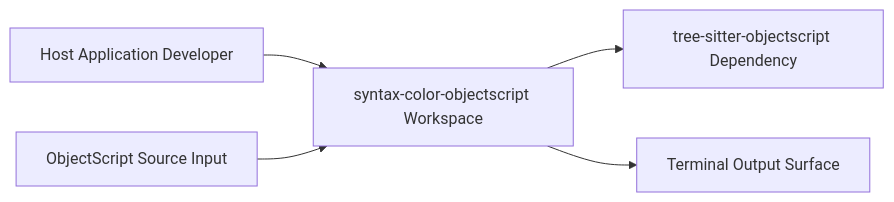
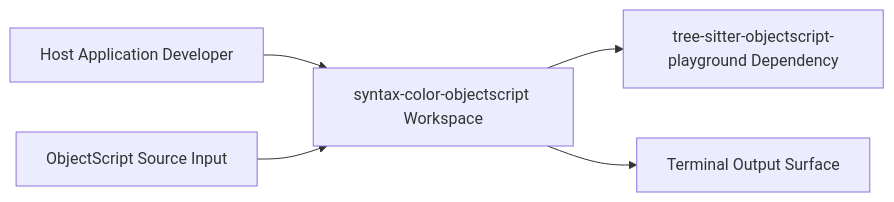
Before and after one commit to hkimura-intersys/syntax-color-objectscript: the first of 4 diagrams in docs/c4.md, drawn with Mermaid. The commit also changed other lines of this file and 9 other files, not shown here.

First line of the commit message:
feat: reference tree-sitter-objectscript-playground crate v1.5.1

````diff
--- a/docs/c4.md
+++ b/docs/c4.md
@@ -5,7 +5,7 @@
 ```mermaid
 flowchart LR
   integrator[Host Application Developer] --> system[syntax-color-objectscript Workspace]
   source[ObjectScript Source Input] --> system
-  system --> treesitter[tree-sitter-objectscript Dependency]
+  system --> treesitter[tree-sitter-objectscript-playground Dependency]
   system --> output[Terminal Output Surface]
 ```
````
